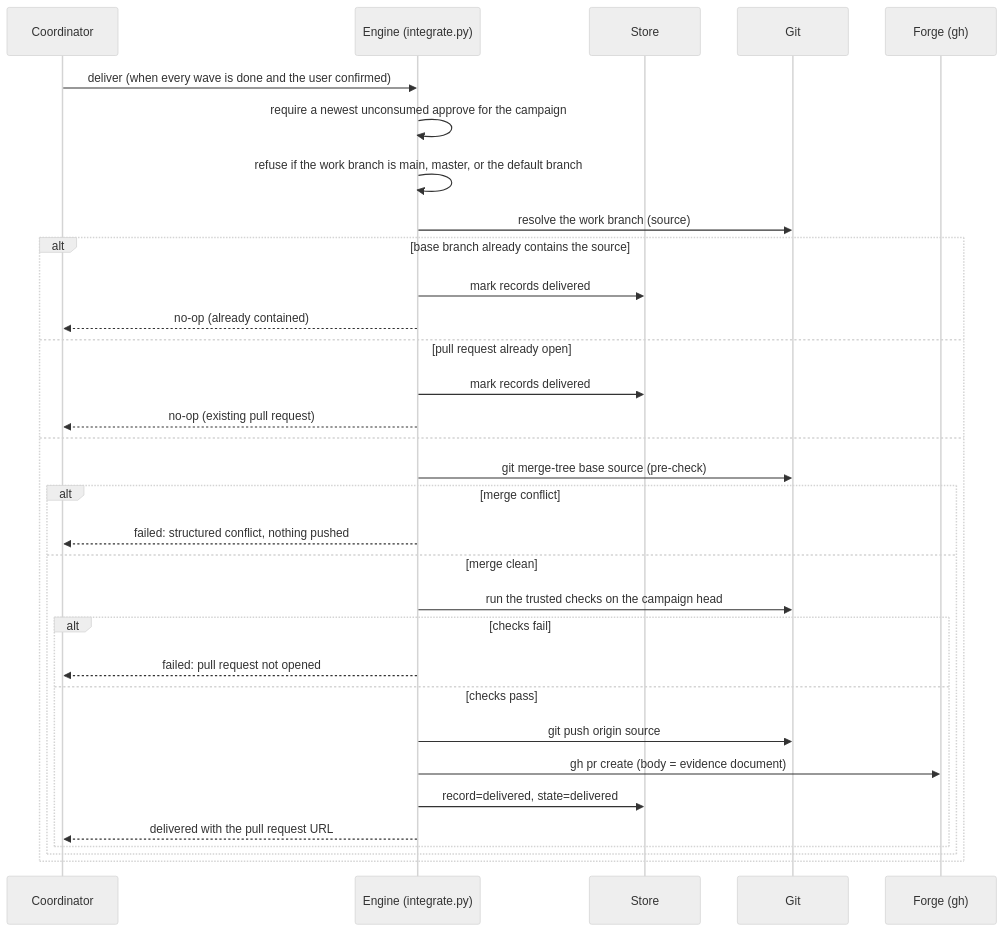
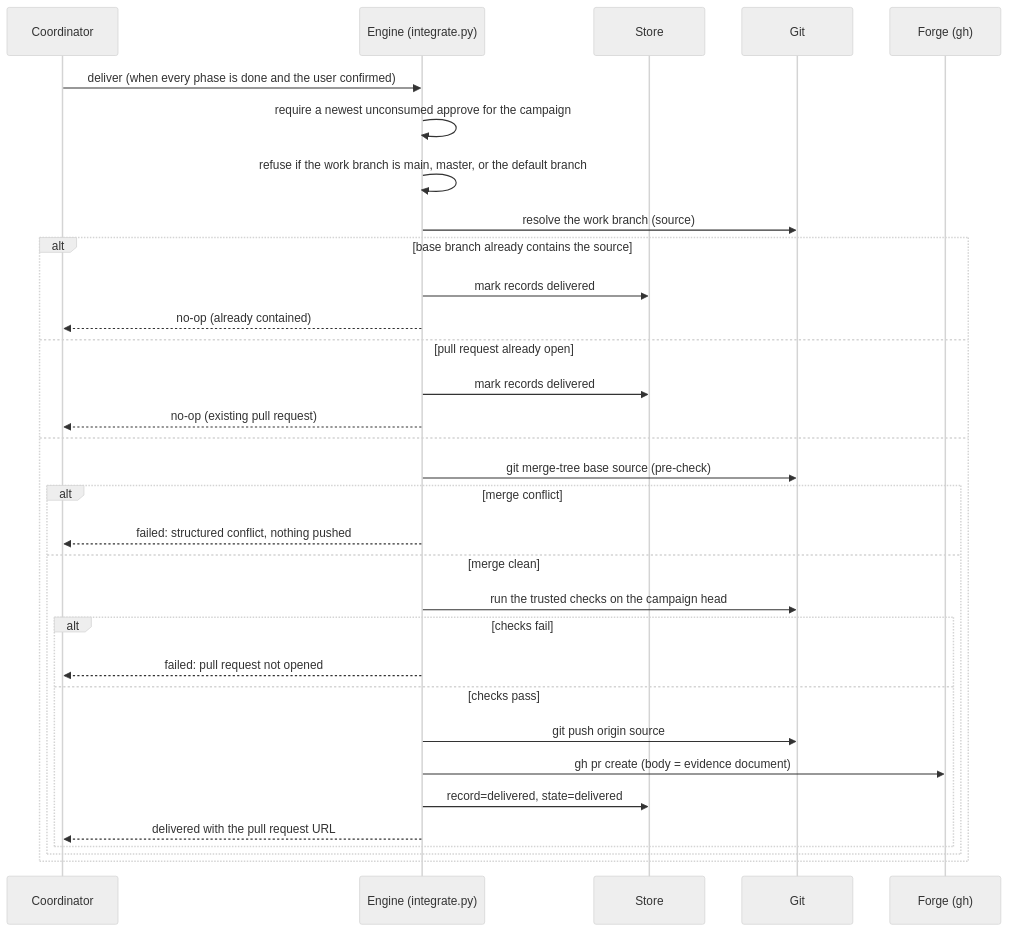
One commit to ming6ao/sliceme changed the eighth of 10 diagrams in docs/architecture.md. Above: the diagram before and after it, drawn with Mermaid (neutral theme). The commit also changed other lines of this file and 57 other files, not shown here.

First line of the commit message:
refactor: remove GPU handling and rename wave to phase

````diff
--- a/docs/architecture.md
+++ b/docs/architecture.md
@@ -349,35 +348,35 @@
 ```mermaid
 sequenceDiagram
   participant C as Coordinator
   participant E as Engine (integrate.py)
   participant D as Store
   participant G as Git
   participant F as Forge (gh)
 
-  C->>E: deliver (when every wave is done and the user confirmed)
+  C->>E: deliver (when every phase is done and the user confirmed)
   E->>E: require a newest unconsumed approve for the campaign
   E->>E: refuse if the work branch is main, master, or the default branch
   E->>G: resolve the work branch (source)
   alt base branch already contains the source
     E->>D: mark records delivered
     E-->>C: no-op (already contained)
   else pull request already open
     E->>D: mark records delivered
     E-->>C: no-op (existing pull request)
   else
     E->>G: git merge-tree base source (pre-check)
     alt merge conflict
       E-->>C: failed: structured conflict, nothing pushed
     else merge clean
       E->>G: run the trusted checks on the campaign head
       alt checks fail
         E-->>C: failed: pull request not opened
       else checks pass
         E->>G: git push origin source
         E->>F: gh pr create (body = evidence document)
         E->>D: record=delivered, state=delivered
         E-->>C: delivered with the pull request URL
       end
     end
   end
 ```
````
